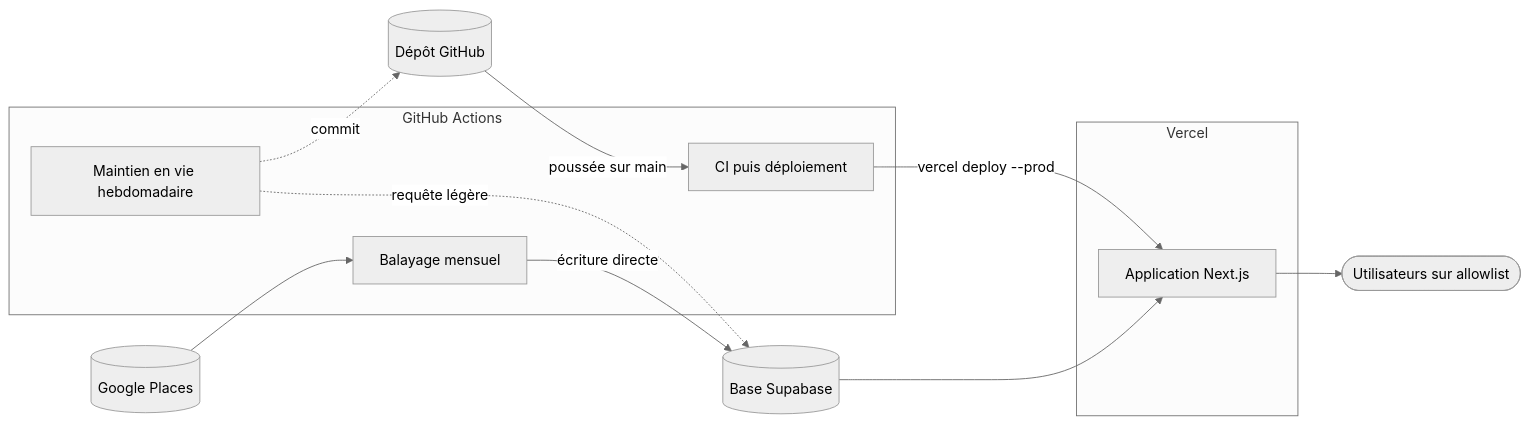
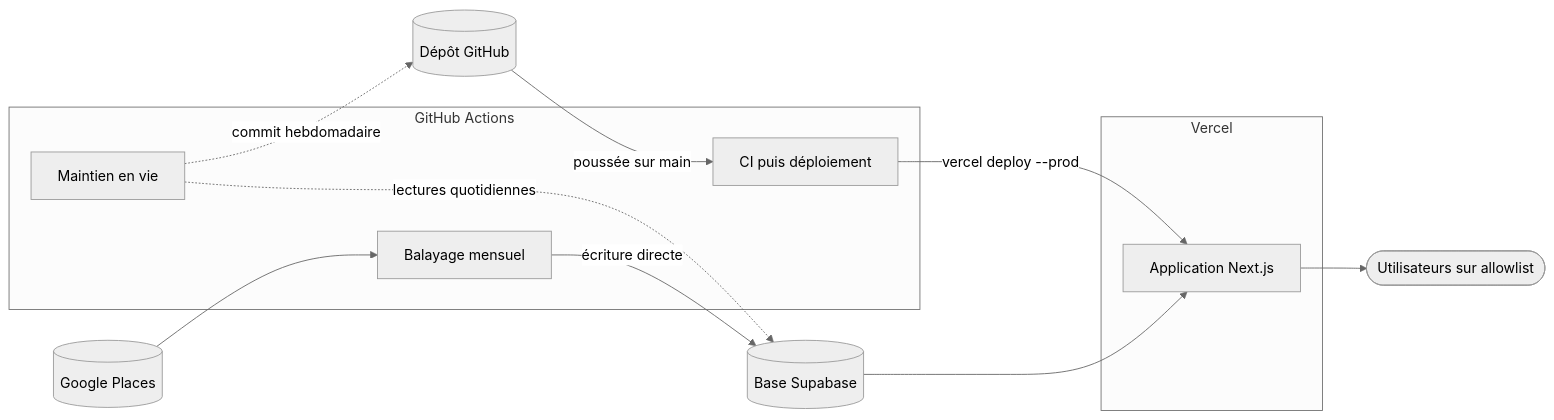
The diagram in .specs/technique/09-deploiement.md (Ruhm42/dish-my-taste-job), drawn with Mermaid (neutral theme) before and after one commit. The commit also changed other lines of this file and 2 other files, not shown here.

````diff
--- a/.specs/technique/09-deploiement.md
+++ b/.specs/technique/09-deploiement.md
@@ -16,19 +16,19 @@
 ```mermaid
 flowchart LR
     subgraph GHA["GitHub Actions"]
         CI[CI puis déploiement]
         SWEEP[Balayage mensuel]
-        KEEP[Maintien en vie hebdomadaire]
+        KEEP[Maintien en vie]
     end
     subgraph VERCEL["Vercel"]
         APP[Application Next.js]
     end
     GOOGLE[(Google Places)] --> SWEEP
     SWEEP -->|écriture directe| DB[(Base Supabase)]
-    KEEP -.->|requête légère| DB
-    KEEP -.->|commit| REPO[(Dépôt GitHub)]
+    KEEP -.->|lectures quotidiennes| DB
+    KEEP -.->|commit hebdomadaire| REPO[(Dépôt GitHub)]
     REPO -->|poussée sur main| CI
     CI -->|vercel deploy --prod| APP
     DB --> APP
     APP --> USER([Utilisateurs sur allowlist])
 ```
````
